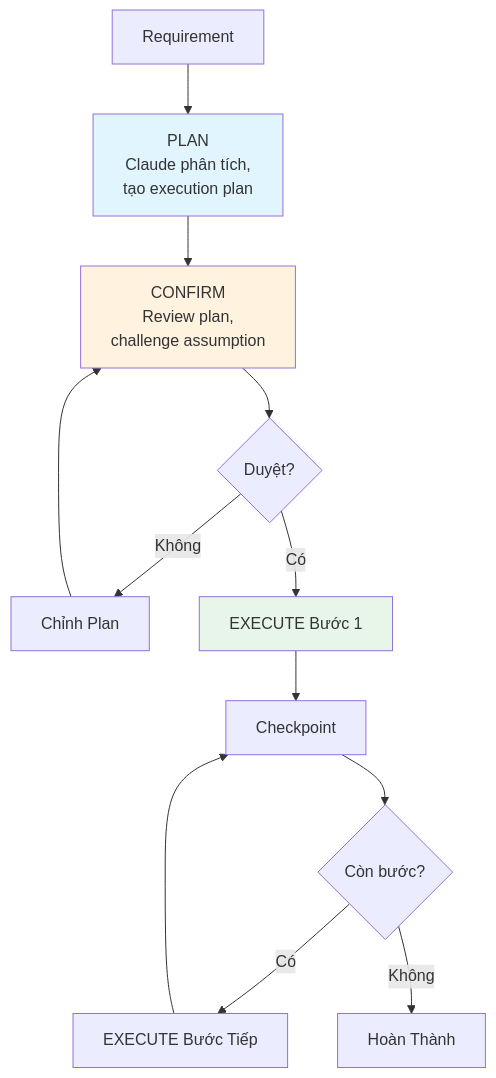
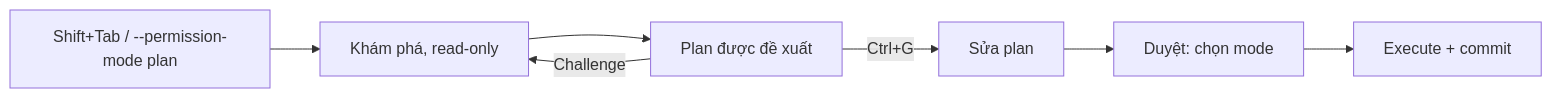
Before and after one commit to ShipWithAI/claude-code-mastery: the diagram in src/content/docs/vi/claude-code/phase-06-thinking-planning/02-plan-mode.md, drawn with Mermaid. The commit also changed other lines of this file and 8 other files, not shown here.

````diff
--- a/src/content/docs/vi/claude-code/phase-06-thinking-planning/02-plan-mode.md
+++ b/src/content/docs/vi/claude-code/phase-06-thinking-planning/02-plan-mode.md
@@ -36,18 +63,9 @@
 ```mermaid
-graph TD
-    A[Requirement] --> B[PLAN<br/>Claude phân tích,<br/>tạo execution plan]
-    B --> C[CONFIRM<br/>Review plan,<br/>challenge assumption]
-    C --> D{Duyệt?}
-    D -->|Không| E[Chỉnh Plan]
-    E --> C
-    D -->|Có| F[EXECUTE Bước 1]
-    F --> G[Checkpoint]
-    G --> H{Còn bước?}
-    H -->|Có| I[EXECUTE Bước Tiếp]
-    I --> G
-    H -->|Không| J[Hoàn Thành]
-
-    style B fill:#e1f5fe
-    style C fill:#fff3e0
-    style F fill:#e8f5e9
+graph LR
+    A[Shift+Tab / --permission-mode plan] --> B[Khám phá, read-only]
+    B --> C[Plan được đề xuất]
+    C -->|Ctrl+G| D[Sửa plan]
+    C -->|Challenge| B
+    D --> E[Duyệt: chọn mode]
+    E --> F[Execute + commit]
 ```
````
